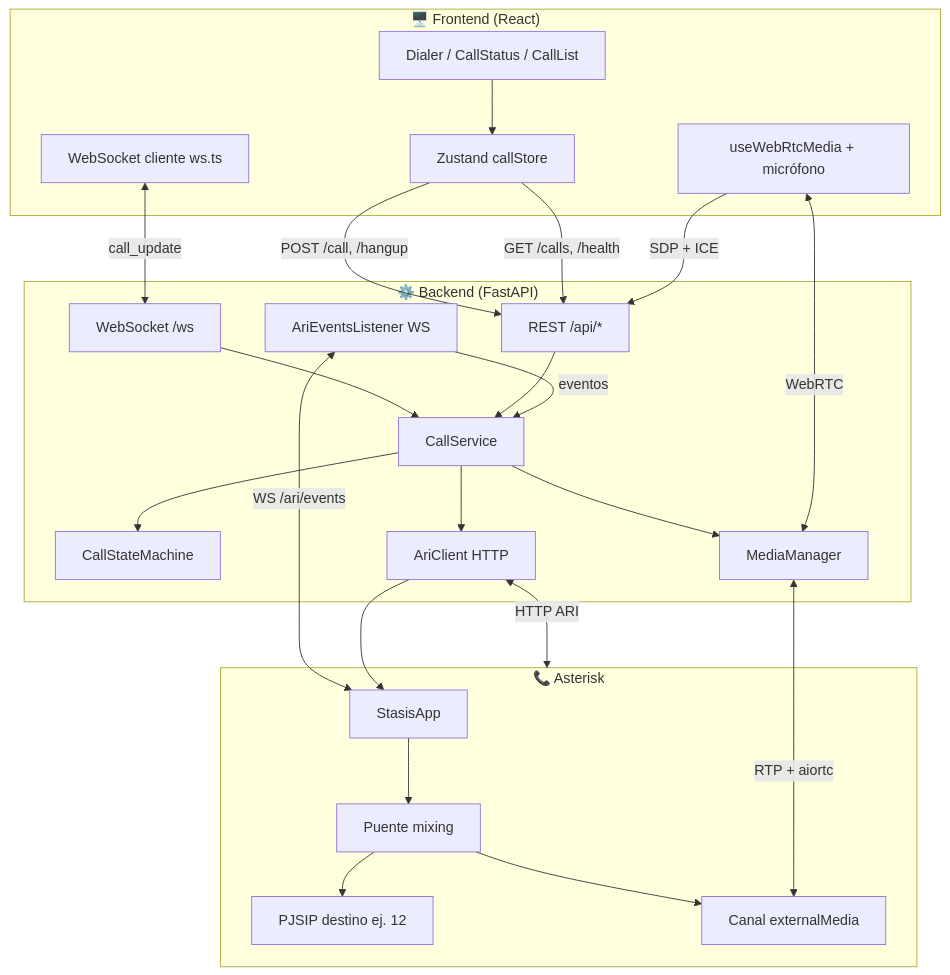
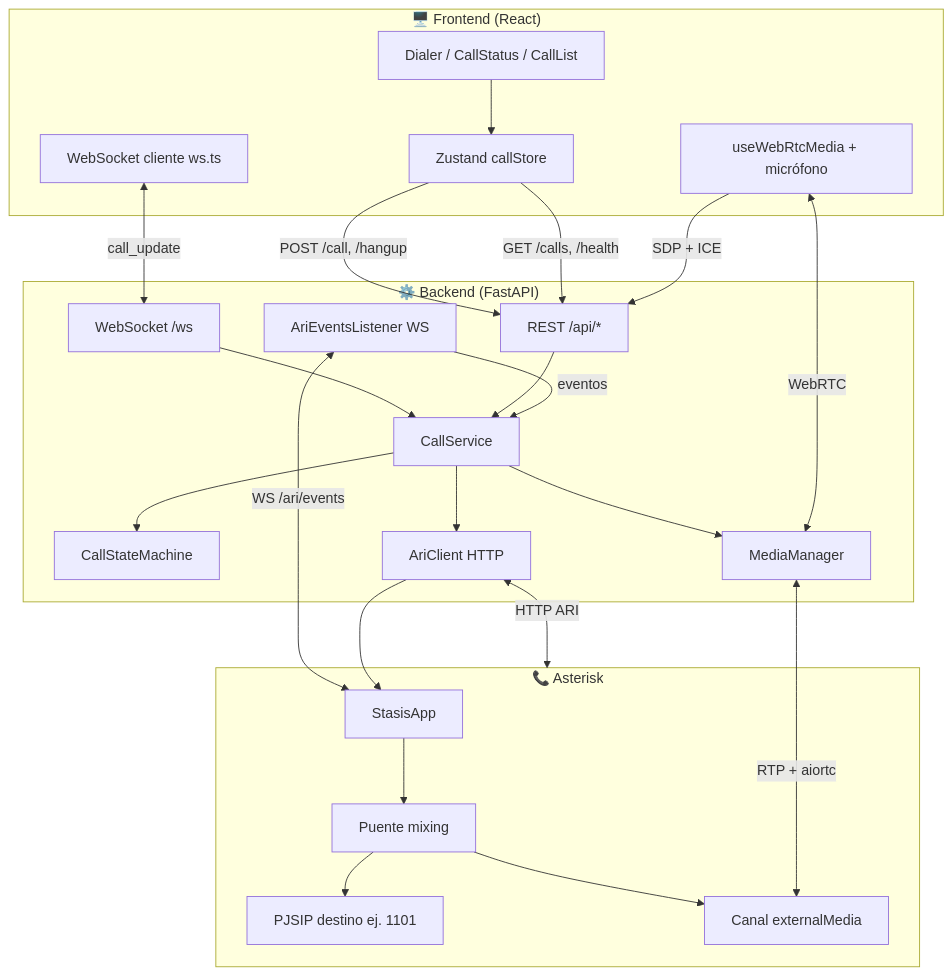
One commit to walterpisacco/llamadas-asterisk-ari changed the first of 8 diagrams in docs/FLUJO-LLAMADAS.md. Above: the diagram before and after it, drawn with Mermaid. The commit also changed other lines of this file, not shown here.

Commit message:
Update call flow documentation to reflect changes in example phone number from 12 to 1101 in various sections of FLUJO-LLAMADAS.md

````diff
--- a/docs/FLUJO-LLAMADAS.md
+++ b/docs/FLUJO-LLAMADAS.md
@@ -7,46 +7,46 @@
 ```mermaid
 flowchart TB
     subgraph FE["🖥️ Frontend (React)"]
         UI[Dialer / CallStatus / CallList]
         Store[Zustand callStore]
         WSF[WebSocket cliente ws.ts]
         RTC[useWebRtcMedia + micrófono]
     end
 
     subgraph BE["⚙️ Backend (FastAPI)"]
         API[REST /api/*]
         WS[WebSocket /ws]
         CS[CallService]
         SM[CallStateMachine]
         MM[MediaManager]
         ARIc[AriClient HTTP]
         ARIw[AriEventsListener WS]
     end
 
     subgraph AST["📞 Asterisk"]
         ST[StasisApp]
         BR[Puente mixing]
-        PJSIP[PJSIP destino ej. 12]
+        PJSIP[PJSIP destino ej. 1101]
         EXT[Canal externalMedia]
     end
 
     UI --> Store
     Store -->|POST /call, /hangup| API
     Store -->|GET /calls, /health| API
     RTC -->|SDP + ICE| API
     WSF <-->|call_update| WS
     WS --> CS
     API --> CS
     CS --> SM
     CS --> MM
     CS --> ARIc
     ARIw -->|eventos| CS
     ARIc <-->|HTTP ARI| AST
     ARIw <-->|WS /ari/events| ST
     ARIc --> ST
     ST --> BR
     BR --> PJSIP
     BR --> EXT
     MM <-->|RTP + aiortc| EXT
     RTC <-->|WebRTC| MM
 ```
````
